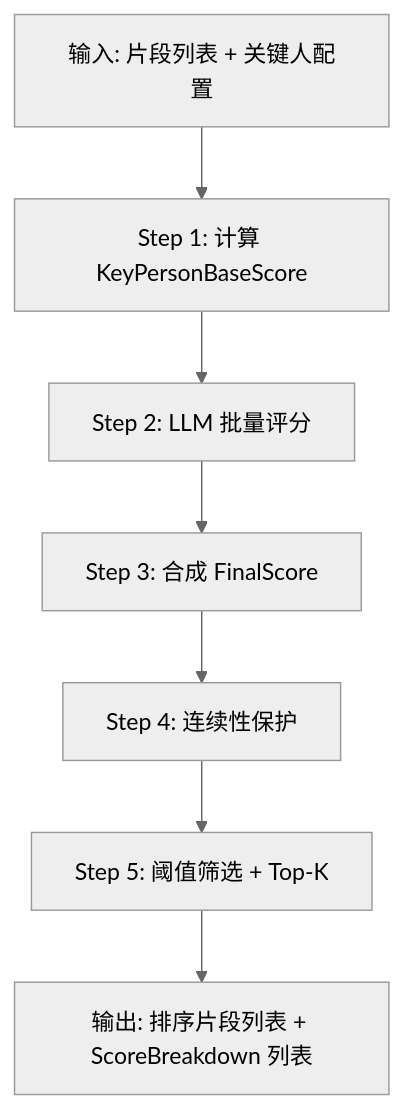
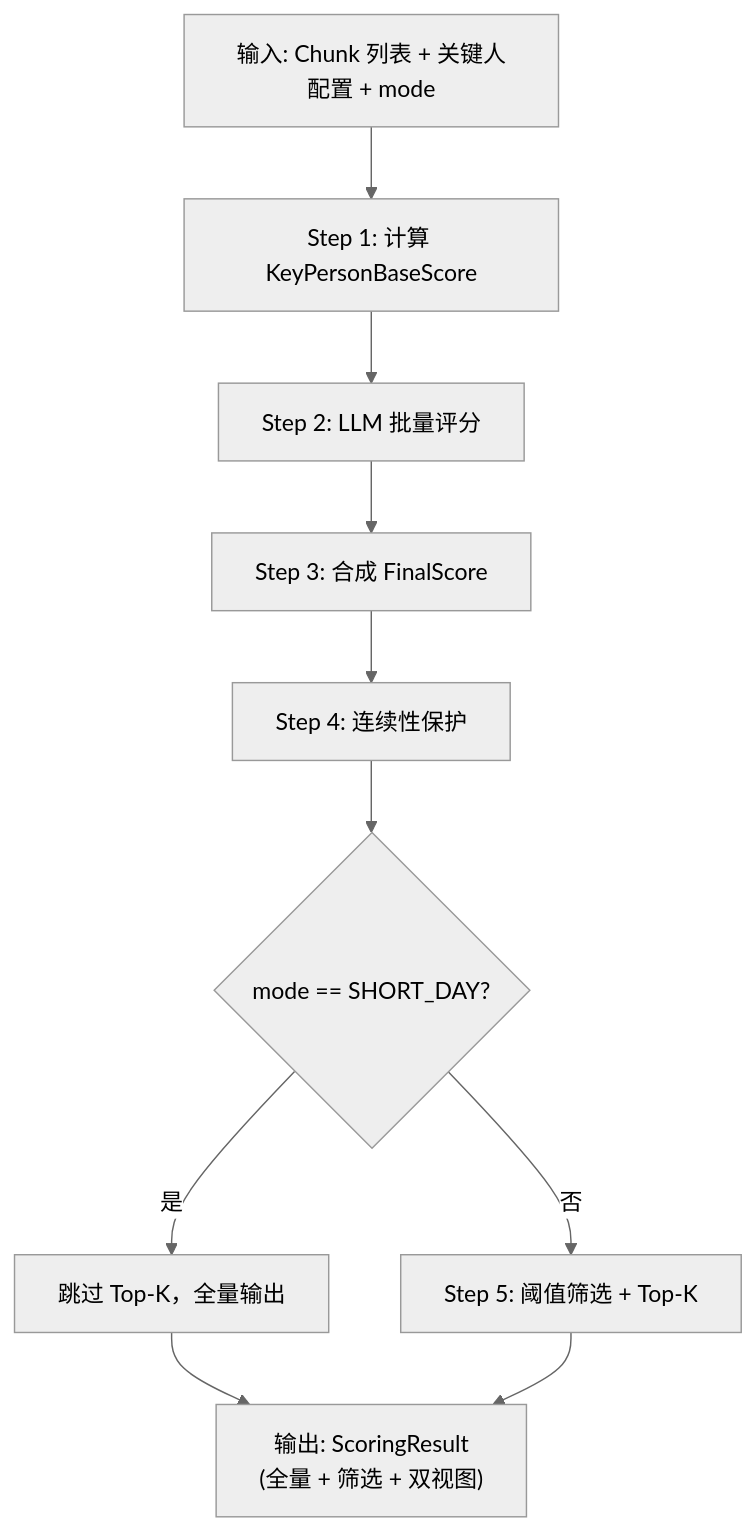
Before and after one commit to SherlockHao/summary-pipeline: the second of 7 diagrams in docs/sections/arch_module3_scoring.md, drawn with Mermaid (neutral theme). The commit also changed other lines of this file and 8 other files, not shown here.

````diff
--- a/docs/sections/arch_module3_scoring.md
+++ b/docs/sections/arch_module3_scoring.md
@@ -191,9 +295,12 @@
 ```mermaid
 flowchart TD
-    A[输入: 片段列表 + 关键人配置] --> B[Step 1: 计算 KeyPersonBaseScore]
+    A["输入: Chunk 列表 + 关键人配置 + mode"] --> B[Step 1: 计算 KeyPersonBaseScore]
     B --> C[Step 2: LLM 批量评分]
     C --> D[Step 3: 合成 FinalScore]
     D --> E[Step 4: 连续性保护]
-    E --> F[Step 5: 阈值筛选 + Top-K]
-    F --> G[输出: 排序片段列表 + ScoreBreakdown 列表]
+    E --> F{"mode == SHORT_DAY?"}
+    F -- 是 --> G["跳过 Top-K，全量输出"]
+    F -- 否 --> H["Step 5: 阈值筛选 + Top-K"]
+    G --> I["输出: ScoringResult<br/>(全量 + 筛选 + 双视图)"]
+    H --> I
 ```
````
